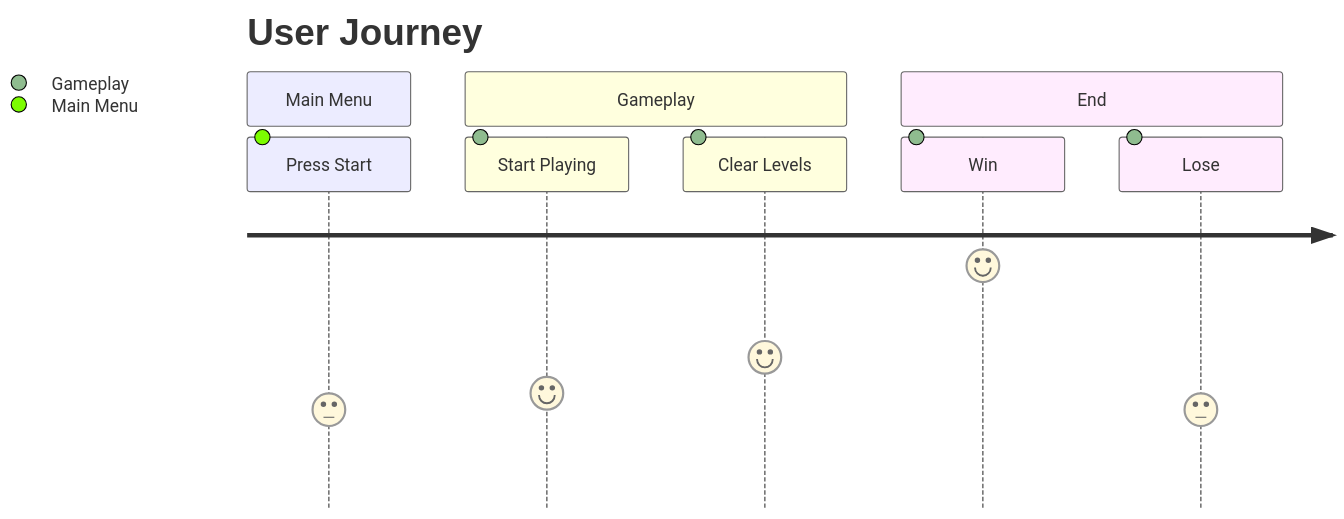
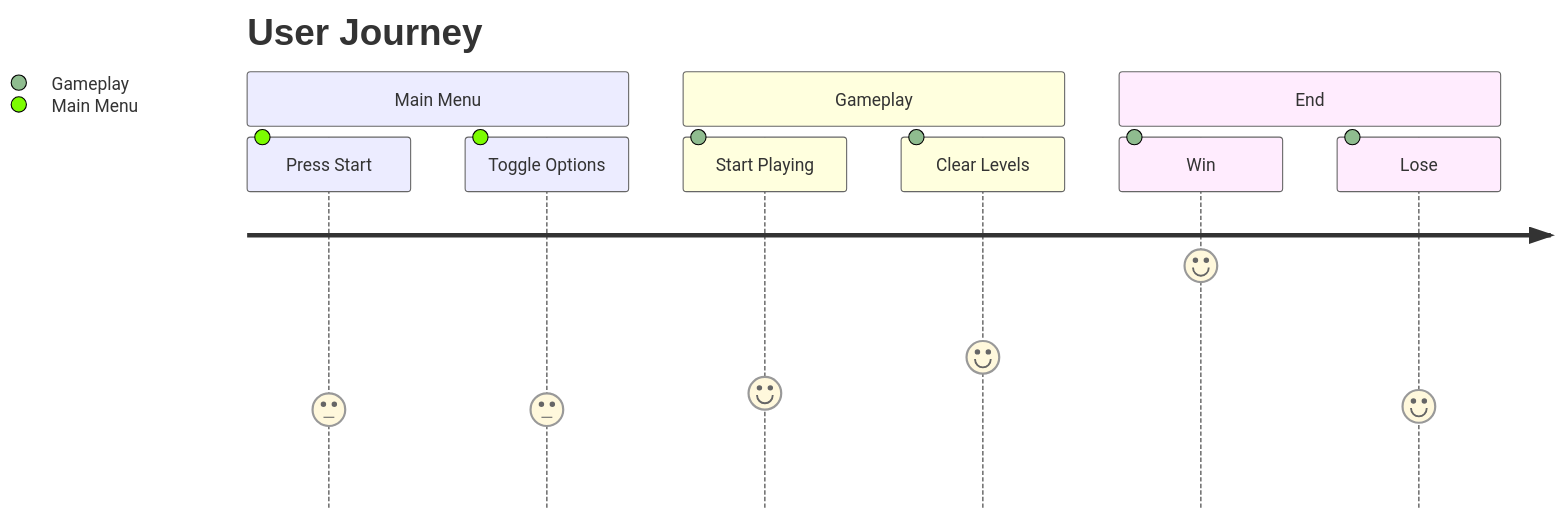
Before and after one commit to 0676693/Invade-Spacers: the first of 2 diagrams in design.md, drawn with Mermaid. The commit also changed other lines of this file and 7 other files, not shown here.

````diff
--- a/design.md
+++ b/design.md
@@ -27,14 +27,15 @@
 ```mermaid
 journey
     title User Journey
 
 section Main Menu
     Press Start: 3: Main Menu
+    Toggle Options: 3: Main Menu
 section Gameplay
     Start Playing: 3.5: Gameplay
     Clear Levels: 4.6: Gameplay
 section End
     Win: 7.4: Gameplay
-    Lose: 3: Gameplay
+    Lose: 3.1: Gameplay
 
 ```
````
